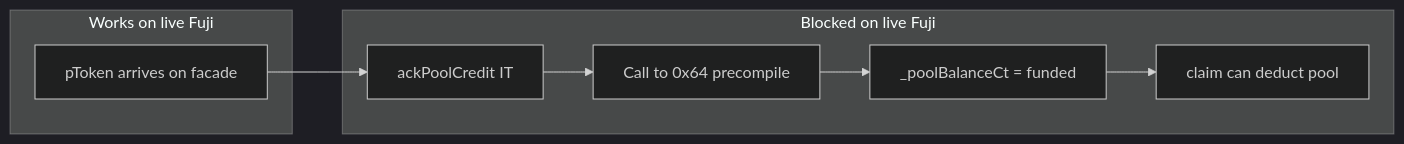
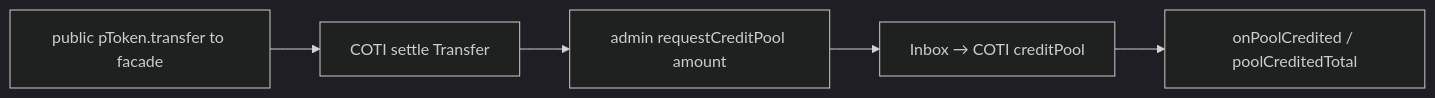
Before and after one commit to cotitech-io/hrpayroll-ui: the first of 2 diagrams in ui/docs/fundCampaign.md, drawn with Mermaid (dark theme). The commit also changed other lines of this file and 27 other files, not shown here.

````diff
--- a/ui/docs/fundCampaign.md
+++ b/ui/docs/fundCampaign.md
@@ -34,13 +24,7 @@
 ```mermaid
 flowchart LR
-  subgraph ok [Works on live Fuji]
-    T[pToken arrives on facade]
-  end
-  subgraph broken [Blocked on live Fuji]
-    A[ackPoolCredit IT]
-    V[Call to 0x64 precompile]
-    P["_poolBalanceCt = funded"]
-    C[claim can deduct pool]
-  end
-  T --> A --> V --> P --> C
+  T[public pToken.transfer to facade] --> S[COTI settle Transfer]
+  S --> R[admin requestCreditPool amount]
+  R --> I[Inbox → COTI creditPool]
+  I --> C[onPoolCredited / poolCreditedTotal]
 ```
````
